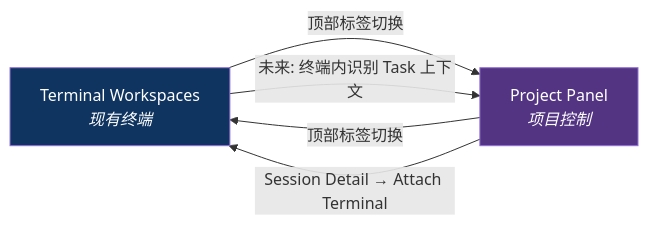
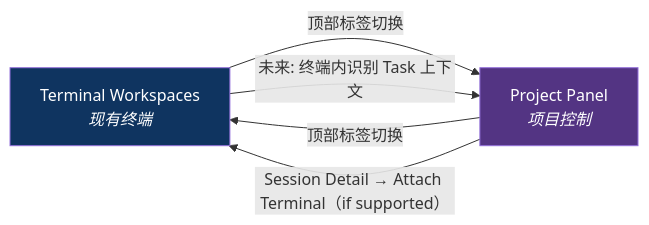
The eighth of 17 diagrams in docs/project-control-discussions/information-architecture.md (ianfksyd/roambench), drawn with Mermaid before and after one commit. The commit also changed other lines of this file, not shown here.

Commit message:
docs: refine information architecture

````diff
--- a/docs/project-control-discussions/information-architecture.md
+++ b/docs/project-control-discussions/information-architecture.md
@@ -182,13 +189,13 @@
 ```mermaid
 graph LR
     TW["Terminal Workspaces<br/><i>现有终端</i>"]
     PP["Project Panel<br/><i>项目控制</i>"]
 
     TW -->|"顶部标签切换"| PP
     PP -->|"顶部标签切换"| TW
-    PP -->|"Session Detail → Attach Terminal"| TW
+    PP -->|"Session Detail → Attach Terminal（if supported）"| TW
     TW -->|"未来: 终端内识别 Task 上下文"| PP
 
     style TW fill:#0f3460,color:#fff
     style PP fill:#533483,color:#fff
 ```
````
